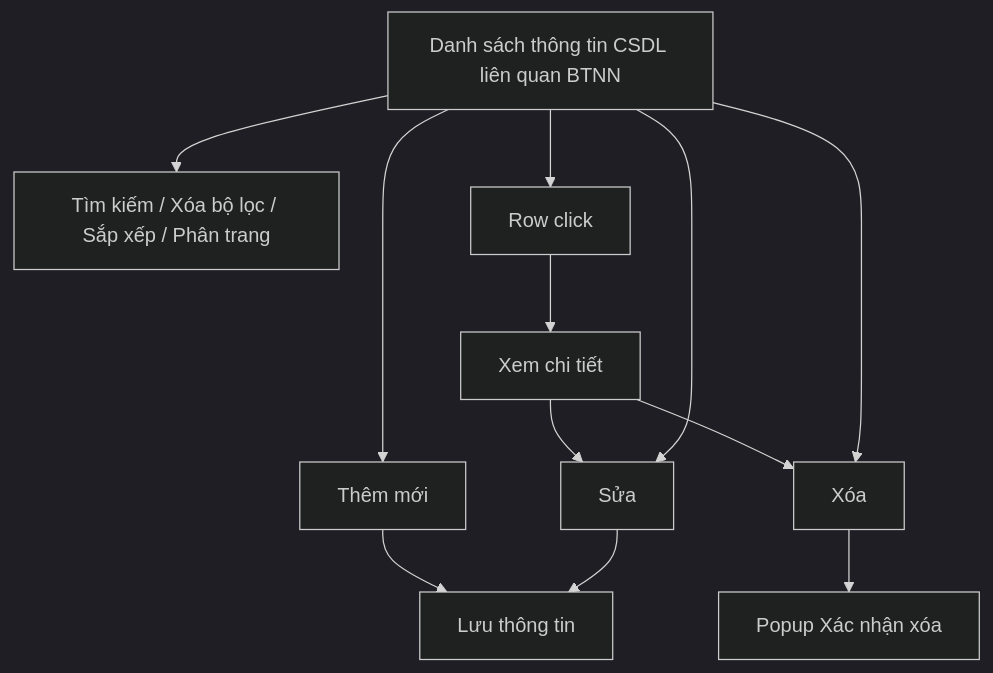
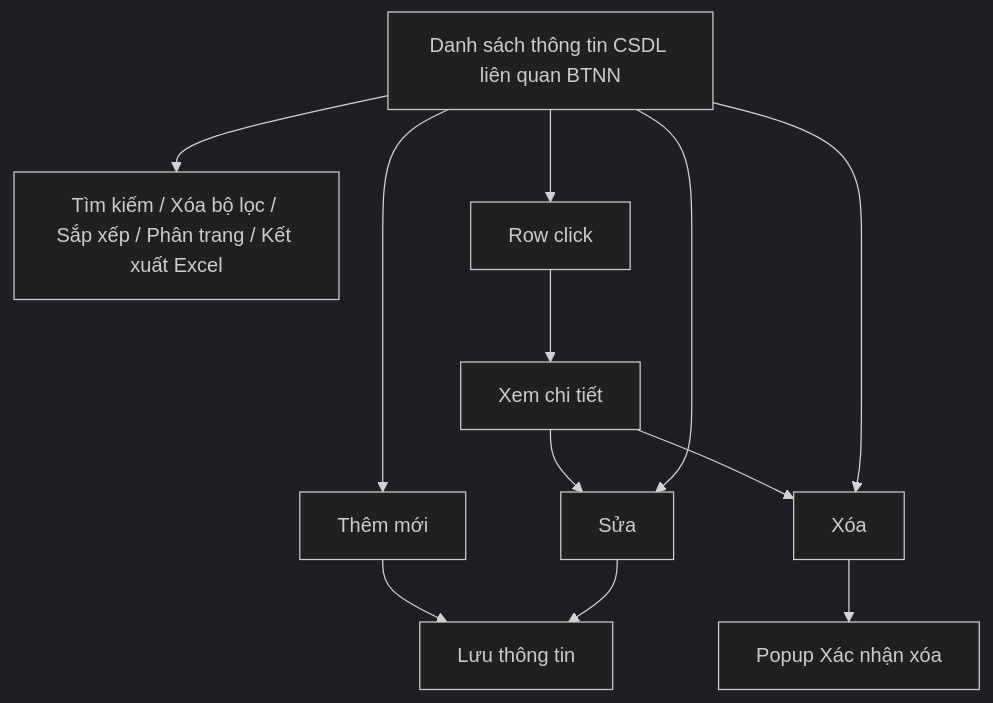
The diagram in Tai_lieu_SRS/03_Website_Quan_tri/03_Cong_tac_boi_thuong/SRS_BTNN_BTP_CSDL_LienQuan.md (huyendt2007/BPBD_UI), drawn with Mermaid (dark theme) before and after one commit. The commit also changed other lines of this file and 155 other files, not shown here.

First line of the commit message:
feat(btnn): Kết xuất Excel 16 module, Tài liệu đính kèm, Bị trả lại, E-Form DVC

````diff
--- a/Tai_lieu_SRS/03_Website_Quan_tri/03_Cong_tac_boi_thuong/SRS_BTNN_BTP_CSDL_LienQuan.md
+++ b/Tai_lieu_SRS/03_Website_Quan_tri/03_Cong_tac_boi_thuong/SRS_BTNN_BTP_CSDL_LienQuan.md
@@ -33,10 +33,10 @@
 ```mermaid
 flowchart TD
-    A[Danh sách thông tin CSDL liên quan BTNN] --> B[Tìm kiếm / Xóa bộ lọc / Sắp xếp / Phân trang]
+    A[Danh sách thông tin CSDL liên quan BTNN] --> B[Tìm kiếm / Xóa bộ lọc / Sắp xếp / Phân trang / Kết xuất Excel]
     A --> G[Row click] --> K[Xem chi tiết]
     K --> E
     K --> F
     A --> C[Thêm mới] --> D[Lưu thông tin]
     A --> E[Sửa] --> D
     A --> F[Xóa] --> X[Popup Xác nhận xóa]
 ```
````
